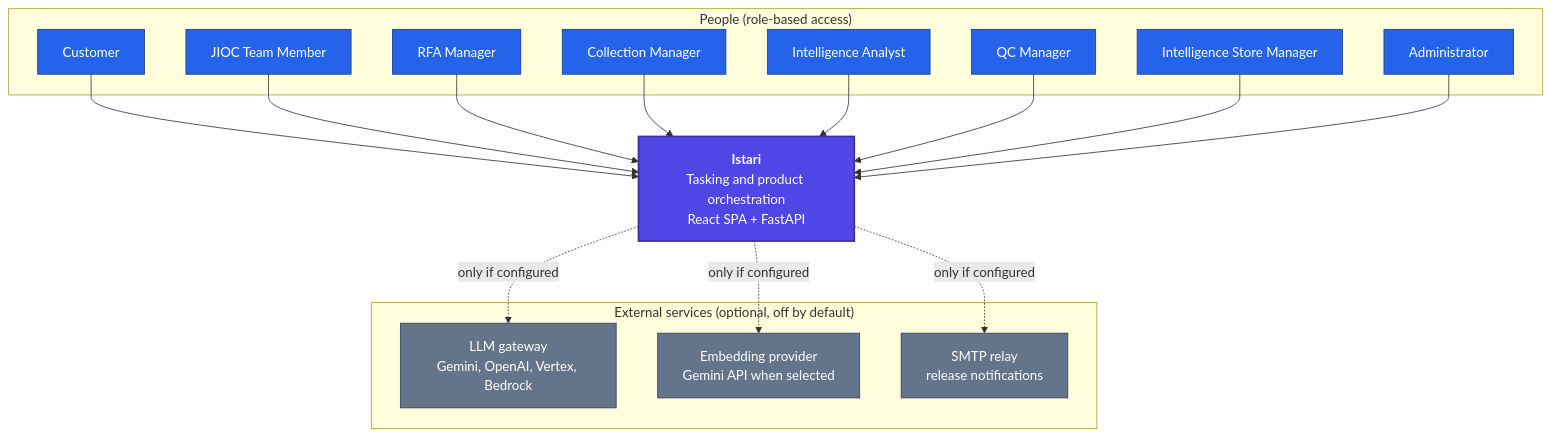
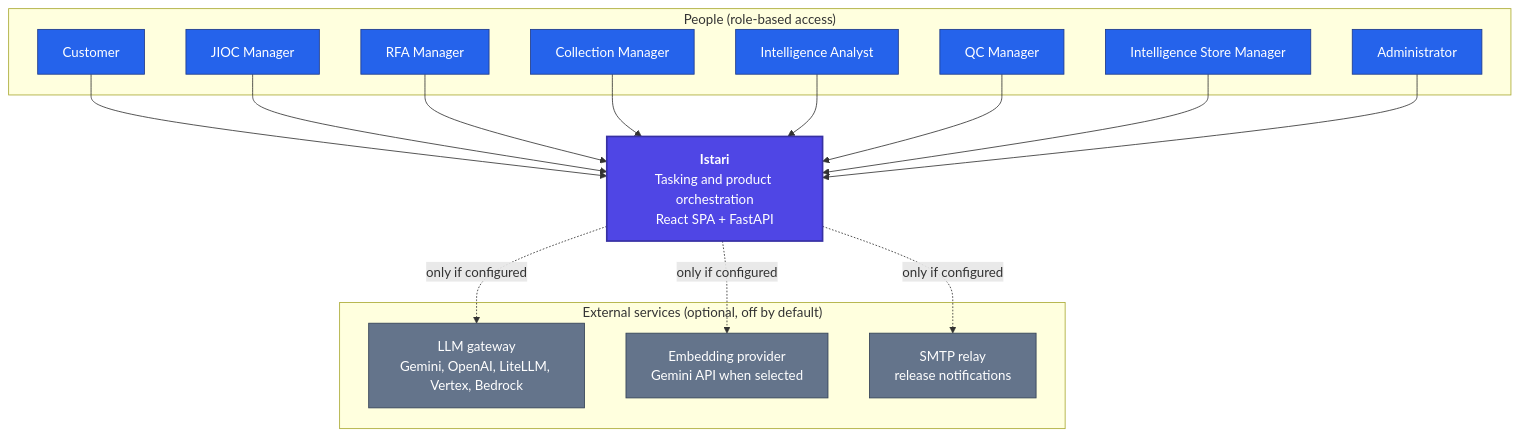
One commit to ShabalalaWATP/Coeus changed the first of 4 diagrams in docs/ARCHITECTURE.md. Above: the diagram before and after it, drawn with Mermaid. The commit also changed other lines of this file and 554 other files, not shown here.

First line of the commit message:
Add guarded LiteLLM and Realtime agent support (#123)

````diff
--- a/docs/ARCHITECTURE.md
+++ b/docs/ARCHITECTURE.md
@@ -43,40 +45,40 @@
 ```mermaid
 flowchart TB
     subgraph people["People (role-based access)"]
         CUST["Customer"]
-        JIOC["JIOC Team Member"]
+        JIOC["JIOC Manager"]
         RFA["RFA Manager"]
         CM["Collection Manager"]
         AN["Intelligence Analyst"]
         QC["QC Manager"]
         STORE["Intelligence Store Manager"]
         ADM["Administrator"]
     end
 
     IST["<b>Istari</b><br/>Tasking and product orchestration<br/>React SPA + FastAPI"]
 
     subgraph ext["External services (optional, off by default)"]
-        LLM["LLM gateway<br/>Gemini, OpenAI, Vertex, Bedrock"]
+        LLM["LLM gateway<br/>Gemini, OpenAI, LiteLLM, Vertex, Bedrock"]
         EMB["Embedding provider<br/>Gemini API when selected"]
         SMTP["SMTP relay<br/>release notifications"]
     end
 
     CUST --> IST
     JIOC --> IST
     RFA --> IST
     CM --> IST
     AN --> IST
     QC --> IST
     STORE --> IST
     ADM --> IST
     IST -.->|"only if configured"| LLM
     IST -.->|"only if configured"| EMB
     IST -.->|"only if configured"| SMTP
 
     classDef actor fill:#2563eb,stroke:#1e3a8a,color:#fff,stroke-width:1px
     classDef core fill:#4f46e5,stroke:#3730a3,color:#fff,stroke-width:2px
     classDef ext fill:#64748b,stroke:#334155,color:#fff,stroke-width:1px
     class CUST,JIOC,RFA,CM,AN,QC,STORE,ADM actor
     class IST core
     class LLM,EMB,SMTP ext
 ```
````
